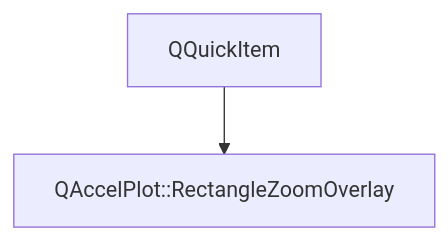
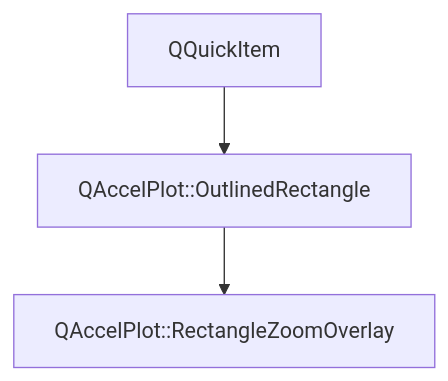
The diagram in main/assets/.doxy/QAccelPlot/api/classQAccelPlot_1_1RectangleZoomOverlay.md (michalgrabarczyk/QAccelPlot), drawn with Mermaid before and after one commit. The commit also changed other lines of this file and 556 other files, not shown here.

````diff
--- a/main/assets/.doxy/QAccelPlot/api/classQAccelPlot_1_1RectangleZoomOverlay.md
+++ b/main/assets/.doxy/QAccelPlot/api/classQAccelPlot_1_1RectangleZoomOverlay.md
@@ -30,8 +30,12 @@
 ```mermaid
 flowchart TB
   classQAccelPlot_1_1RectangleZoomOverlay["QAccelPlot::RectangleZoomOverlay"]
 
-  external_base_classQAccelPlot_1_1RectangleZoomOverlay_1["QQuickItem"]
-  external_base_classQAccelPlot_1_1RectangleZoomOverlay_1 --> classQAccelPlot_1_1RectangleZoomOverlay
+  classQAccelPlot_1_1OutlinedRectangle["QAccelPlot::OutlinedRectangle"]
+  classQAccelPlot_1_1OutlinedRectangle --> classQAccelPlot_1_1RectangleZoomOverlay
+  click classQAccelPlot_1_1OutlinedRectangle "../classQAccelPlot_1_1OutlinedRectangle/" "Open QAccelPlot::OutlinedRectangle"
+
+  external_base_classQAccelPlot_1_1OutlinedRectangle_1["QQuickItem"]
+  external_base_classQAccelPlot_1_1OutlinedRectangle_1 --> classQAccelPlot_1_1OutlinedRectangle
 
 ```
````
